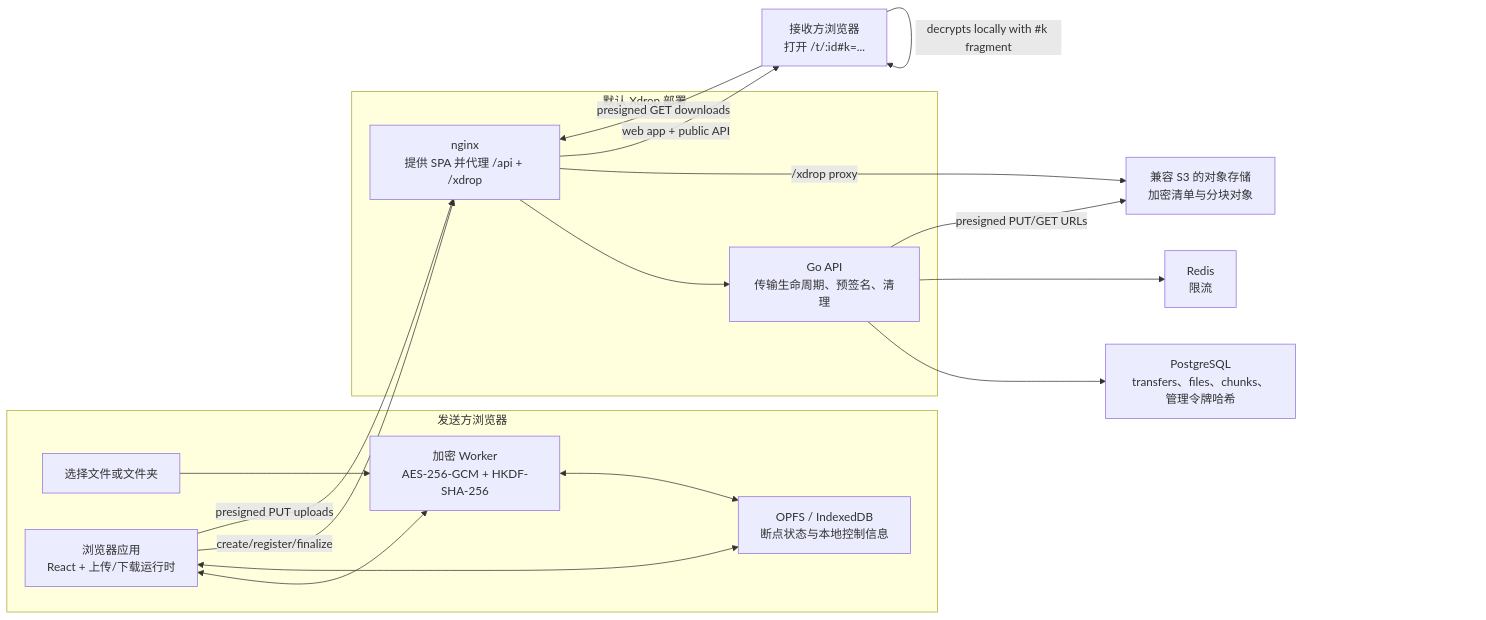
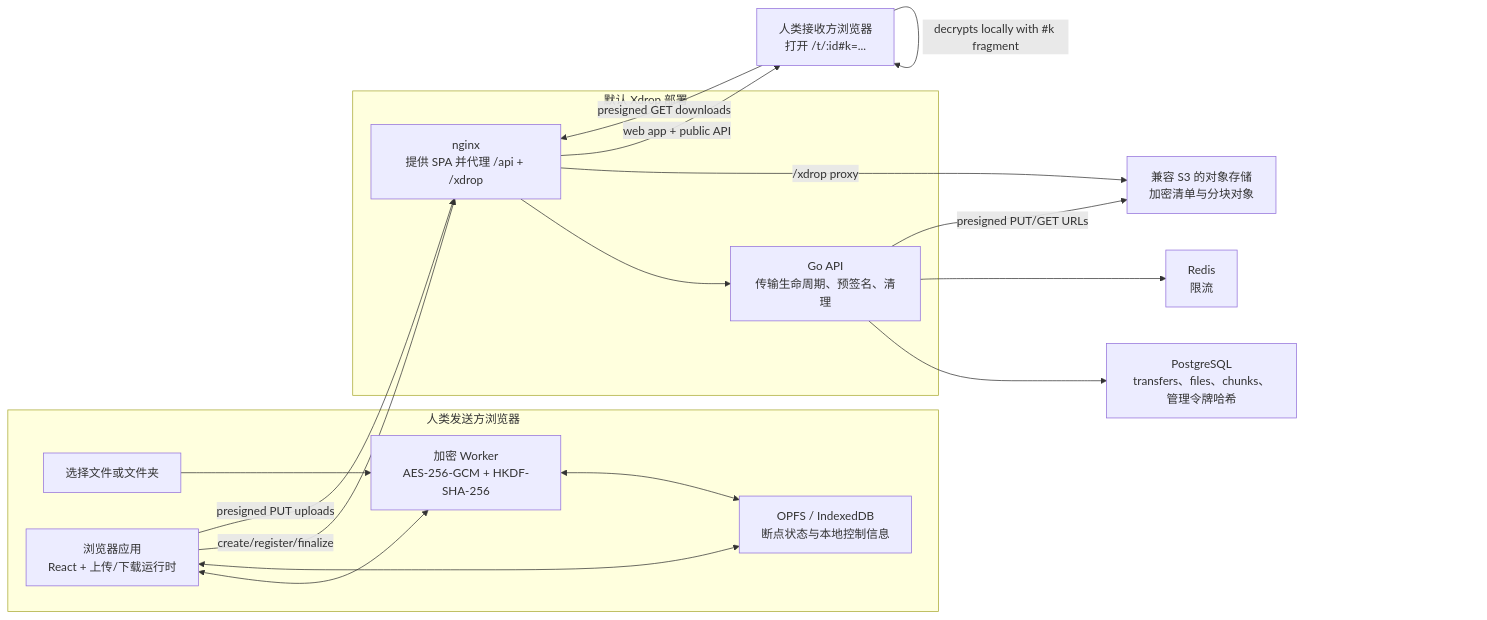
Before and after one commit to xixu-me/xdrop: the diagram in README.zh.md, drawn with Mermaid. The commit also changed other lines of this file and 17 other files, not shown here.

````diff
--- a/README.zh.md
+++ b/README.zh.md
@@ -97,34 +97,34 @@
 ```mermaid
 flowchart LR
-  subgraph Sender["发送方浏览器"]
+  subgraph Sender["人类发送方浏览器"]
     Select["选择文件或文件夹"]
     Worker["加密 Worker<br/>AES-256-GCM + HKDF-SHA-256"]
     Local["OPFS / IndexedDB<br/>断点状态与本地控制信息"]
     Browser["浏览器应用<br/>React + 上传/下载运行时"]
     Select --> Worker
     Worker <--> Local
     Browser <--> Worker
     Browser <--> Local
   end
 
   subgraph Edge["默认 Xdrop 部署"]
     nginx["nginx<br/>提供 SPA 并代理 /api + /xdrop"]
     API["Go API<br/>传输生命周期、预签名、清理"]
     nginx --> API
   end
 
   Postgres["PostgreSQL<br/>transfers、files、chunks、管理令牌哈希"]
   Redis["Redis<br/>限流"]
   Storage["兼容 S3 的对象存储<br/>加密清单与分块对象"]
-  Receiver["接收方浏览器<br/>打开 /t/:id#k=..."]
+  Receiver["人类接收方浏览器<br/>打开 /t/:id#k=..."]
 
   Browser -->|create/register/finalize| nginx
   Browser -->|presigned PUT uploads| nginx
   API --> Postgres
   API --> Redis
   API -->|presigned PUT/GET URLs| Storage
   nginx -->|/xdrop proxy| Storage
   nginx -->|web app + public API| Receiver
   Receiver -->|presigned GET downloads| nginx
   Receiver -->|decrypts locally with #k fragment| Receiver
 ```
````
